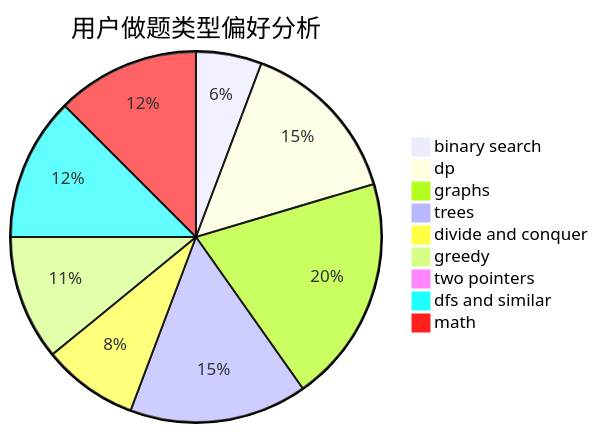
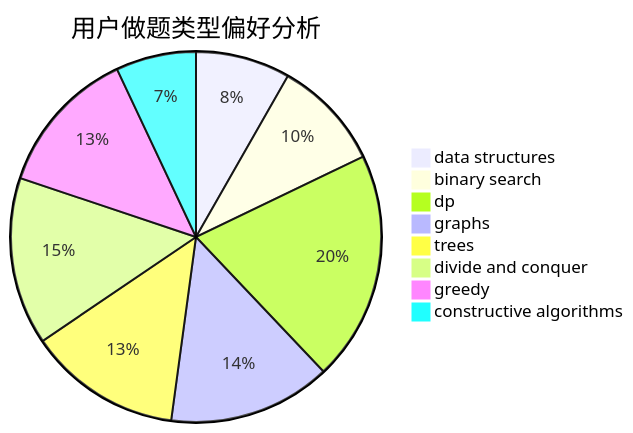
One commit to sherpahu/cfrs.github.io changed the second of 3 diagrams in docs/user/u221.md. Above: the diagram before and after it, drawn with Mermaid. The commit also changed other lines of this file and 2775 other files, not shown here.

````diff
--- a/docs/user/u221.md
+++ b/docs/user/u221.md
@@ -23,12 +23,11 @@
 ```mermaid
 pie title 用户做题类型偏好分析
-    "binary search" :  101
-    "dp" :  258
-    "graphs" :  349
-    "trees" :  273
-    "divide and conquer" :  147
-    "greedy" :  192
-    "two pointers" :  12
-    "dfs and similar" :  220
-    "math" :  220
+    "data structures" :  79
+    "binary search" :  92
+    "dp" :  192
+    "graphs" :  136
+    "trees" :  128
+    "divide and conquer" :  140
+    "greedy" :  123
+    "constructive algorithms" :  67
 ```
````
